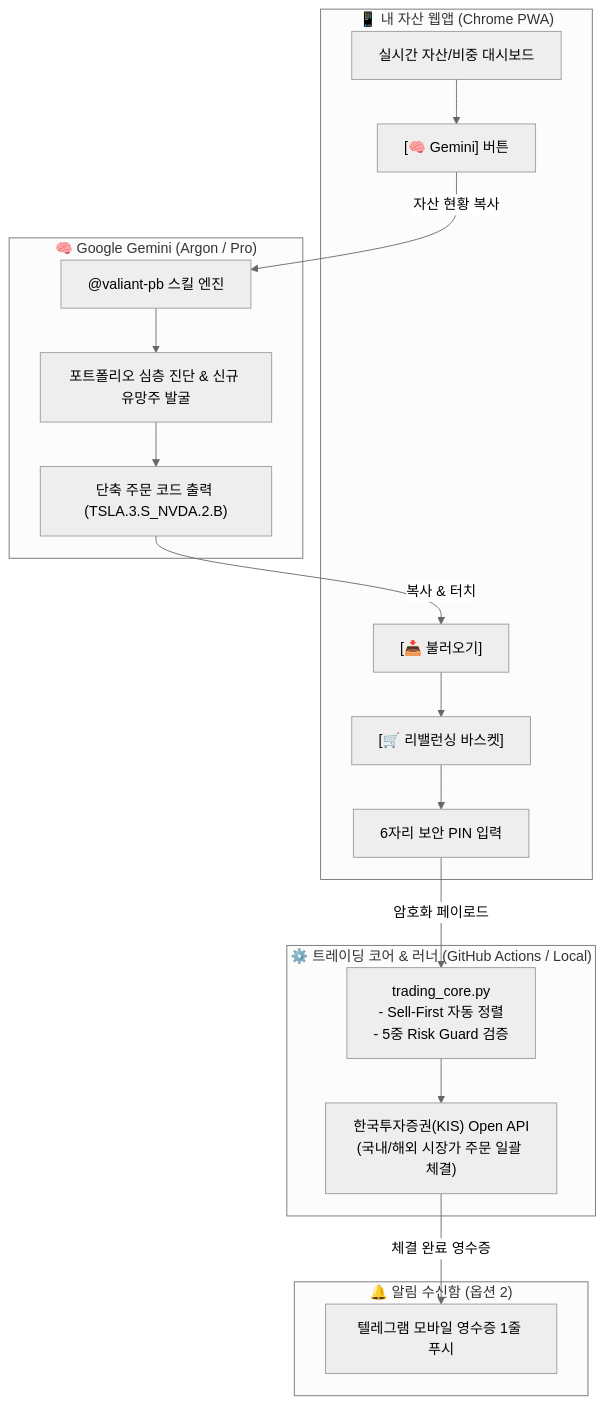
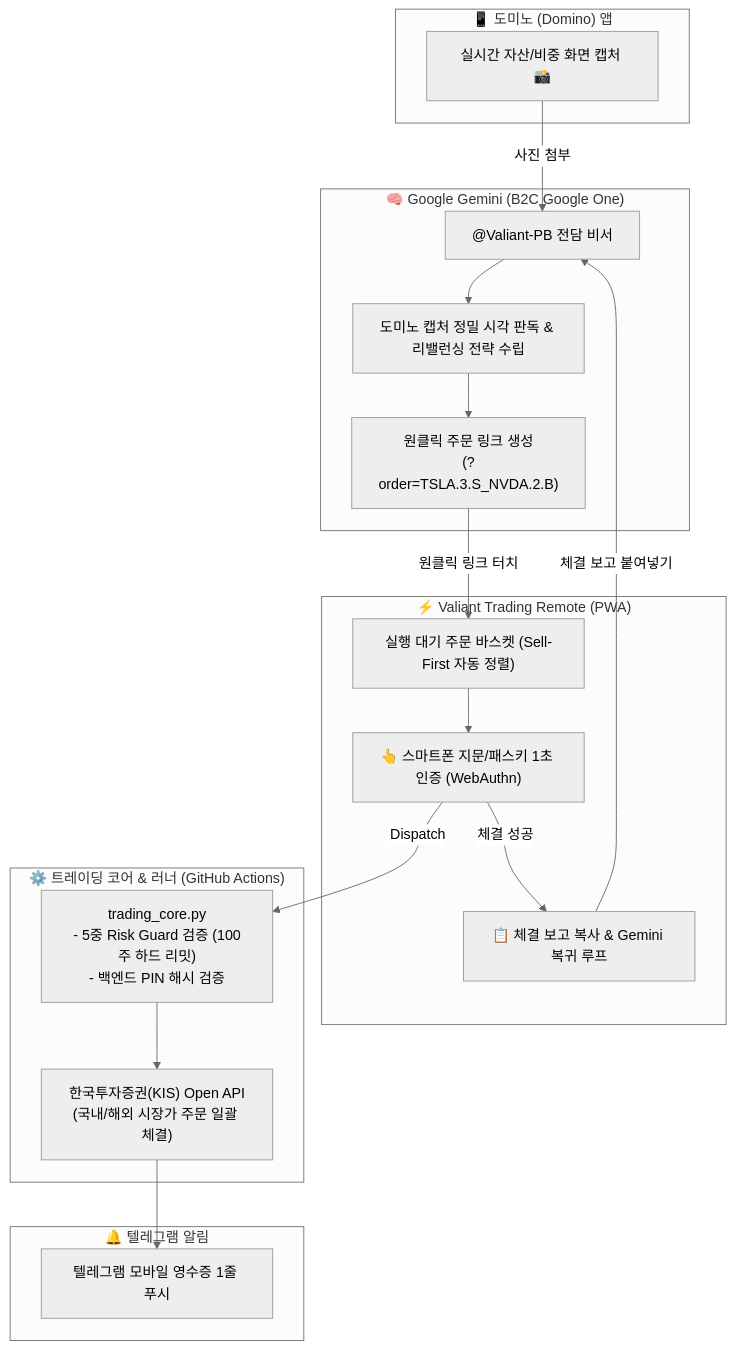
The diagram in README.md (wooyeonlee0/my-assets), drawn with Mermaid (neutral theme) before and after one commit. The commit also changed other lines of this file, not shown here.

Commit message:
docs: update README architecture to reflect Valiant Trading Remote & Gemini feedback loop

````diff
--- a/README.md
+++ b/README.md
@@ -11,35 +11,34 @@
 ```mermaid
 flowchart TD
-    subgraph Web["📱 내 자산 웹앱 (Chrome PWA)"]
-        Portfolio["실시간 자산/비중 대시보드"]
-        GeminiBtn["[🧠 Gemini] 버튼"]
-        ImportBtn["[📥 불러오기]"]
-        BasketModal["[🛒 리밸런싱 바스켓]"]
-        PIN["6자리 보안 PIN 입력"]
+    subgraph Domino["📱 도미노 (Domino) 앱"]
+        DominoCapture["실시간 자산/비중 화면 캡처 📸"]
     end
 
-    subgraph AI["🧠 Google Gemini (Argon / Pro)"]
-        Skill["@valiant-pb 스킬 엔진"]
-        Analysis["포트폴리오 심층 진단 & 신규 유망주 발굴"]
-        CodeBlock["단축 주문 코드 출력 (TSLA.3.S_NVDA.2.B)"]
+    subgraph AI["🧠 Google Gemini (B2C Google One)"]
+        Gem["@Valiant-PB 전담 비서"]
+        Analysis["도미노 캡처 정밀 시각 판독 & 리밸런싱 전략 수립"]
+        CodeBlock["원클릭 주문 링크 생성\n(?order=TSLA.3.S_NVDA.2.B)"]
     end
 
-    subgraph Backend["⚙️ 트레이딩 코어 & 러너 (GitHub Actions / Local)"]
-        Core["trading_core.py\n- Sell-First 자동 정렬\n- 5중 Risk Guard 검증"]
+    subgraph Remote["⚡ Valiant Trading Remote (PWA)"]
+        Basket["실행 대기 주문 바스켓 (Sell-First 자동 정렬)"]
+        Biometric["👆 스마트폰 지문/패스키 1초 인증 (WebAuthn)"]
+        Feedback["📋 체결 보고 복사 & Gemini 복귀 루프"]
+    end
+
+    subgraph Backend["⚙️ 트레이딩 코어 & 러너 (GitHub Actions)"]
+        Core["trading_core.py\n- 5중 Risk Guard 검증 (100주 하드 리밋)\n- 백엔드 PIN 해시 검증"]
         KIS["한국투자증권(KIS) Open API\n(국내/해외 시장가 주문 일괄 체결)"]
     end
 
-    subgraph Push["🔔 알림 수신함 (옵션 2)"]
+    subgraph Push["🔔 텔레그램 알림"]
         Telegram["텔레그램 모바일 영수증 1줄 푸시"]
     end
 
-    Portfolio --> GeminiBtn
-    GeminiBtn -->|자산 현황 복사| Skill
-    Skill --> Analysis --> CodeBlock
-    CodeBlock -->|복사 & 터치| ImportBtn
-    ImportBtn --> BasketModal
-    BasketModal --> PIN
-    PIN -->|암호화 페이로드| Core
-    Core --> KIS
-    KIS -->|체결 완료 영수증| Telegram
+    DominoCapture -->|사진 첨부| Gem
+    Gem --> Analysis --> CodeBlock
+    CodeBlock -->|원클릭 링크 터치| Basket
+    Basket --> Biometric
+    Biometric -->|Dispatch| Core --> KIS --> Telegram
+    Biometric -->|체결 성공| Feedback -->|체결 보고 붙여넣기| Gem
 ```
````
